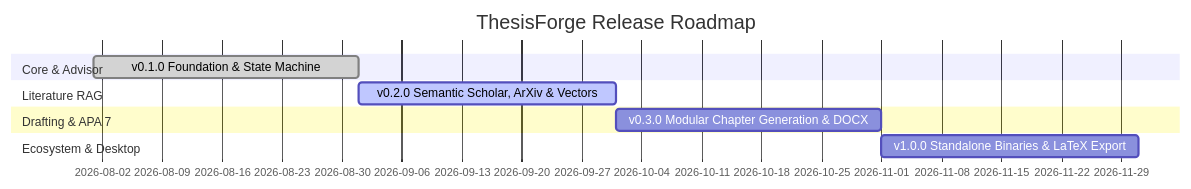
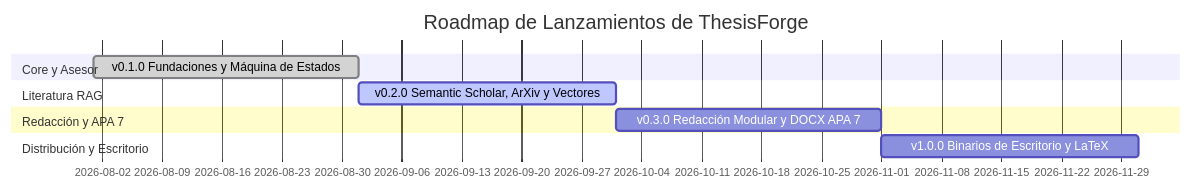
The diagram in ROADMAP.md (oscarbol09/thesisforge), drawn with Mermaid before and after one commit. The commit also changed other lines of this file and 9 other files, not shown here.

````diff
--- a/ROADMAP.md
+++ b/ROADMAP.md
@@ -15,13 +15,13 @@
 ```mermaid
 gantt
-    title ThesisForge Release Roadmap
+    title Roadmap de Lanzamientos de ThesisForge
     dateFormat  YYYY-MM
-    section Core & Advisor
-    v0.1.0 Foundation & State Machine      :done,    des1, 2026-08, 2026-09
-    section Literature RAG
-    v0.2.0 Semantic Scholar, ArXiv & Vectors :active,  des2, 2026-09, 2026-10
-    section Drafting & APA 7
-    v0.3.0 Modular Chapter Generation & DOCX :         des3, 2026-10, 2026-11
-    section Ecosystem & Desktop
-    v1.0.0 Standalone Binaries & LaTeX Export :         des4, 2026-11, 2026-12
+    section Core y Asesor
+    v0.1.0 Fundaciones y Máquina de Estados       :done,    des1, 2026-08, 2026-09
+    section Literatura RAG
+    v0.2.0 Semantic Scholar, ArXiv y Vectores    :active,  des2, 2026-09, 2026-10
+    section Redacción y APA 7
+    v0.3.0 Redacción Modular y DOCX APA 7        :         des3, 2026-10, 2026-11
+    section Distribución y Escritorio
+    v1.0.0 Binarios de Escritorio y LaTeX        :         des4, 2026-11, 2026-12
 ```
````
